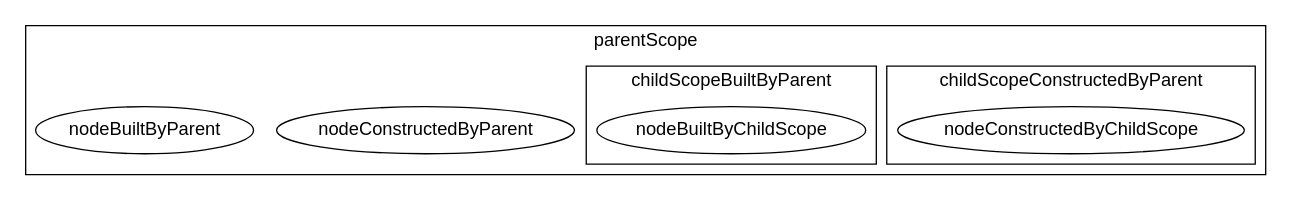
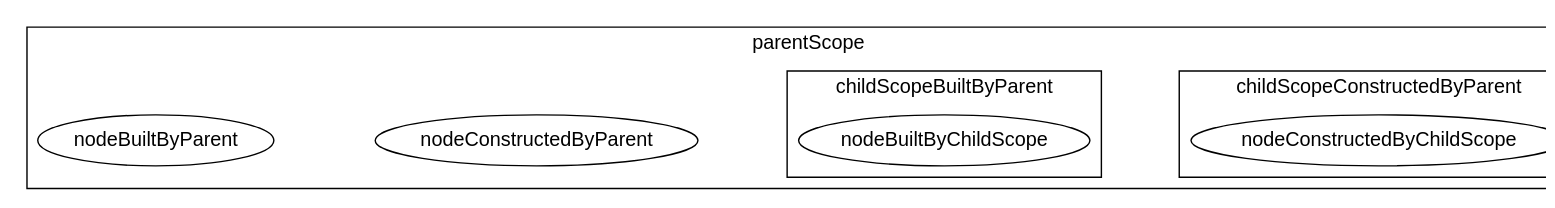
The diagram in test.graphs.example_scope_blue_print.dot (ggsuite/supply_chain), drawn with Graphviz before and after one commit. The commit also changed 34 other files, not shown here.

```diff
--- a/test.graphs.example_scope_blue_print.dot
+++ b/test.graphs.example_scope_blue_print.dot
@@ -1,30 +1,31 @@
 digraph unix {
-  graph [nodesep = 0.25; ranksep=1];
+  graph [ dpi = 75 ]; 
+  graph [nodesep = 1.0; ranksep=1];
   fontname="Helvetica,Arial,sans-serif"
   node [fontname="Helvetica,Arial,sans-serif"]
   edge [fontname="Helvetica,Arial,sans-serif"]
   subgraph cluster_parentScope_2 {
     label = "parentScope"; // scope
     nodeConstructedByParent_0 [
       label = "nodeConstructedByParent"; // node
     ];
     nodeBuiltByParent_1 [
       label = "nodeBuiltByParent"; // node
     ];
     subgraph cluster_childScopeConstructedByParent_3 {
       label = "childScopeConstructedByParent"; // scope
       nodeConstructedByChildScope_2 [
         label = "nodeConstructedByChildScope"; // node
       ];
       
     }
     subgraph cluster_childScopeBuiltByParent_4 {
       label = "childScopeBuiltByParent"; // scope
       nodeBuiltByChildScope_3 [
         label = "nodeBuiltByChildScope"; // node
       ];
       
     }
     
   }
 }
```
